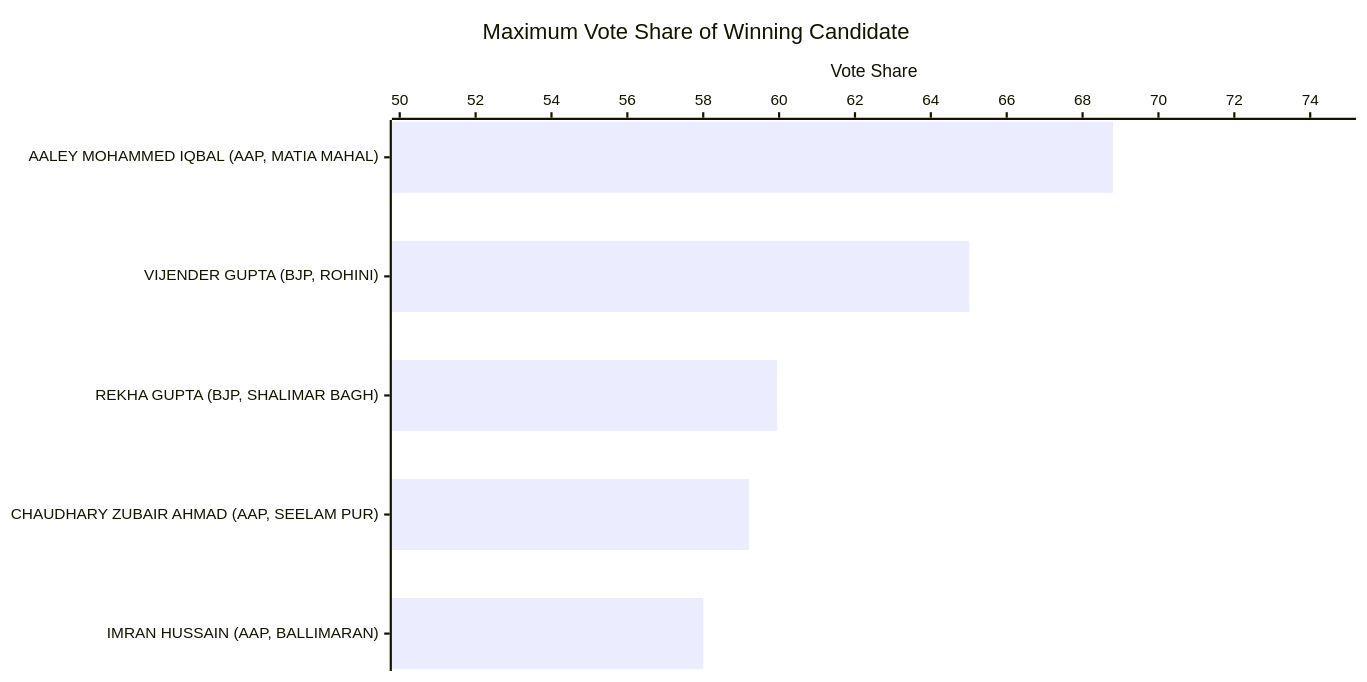
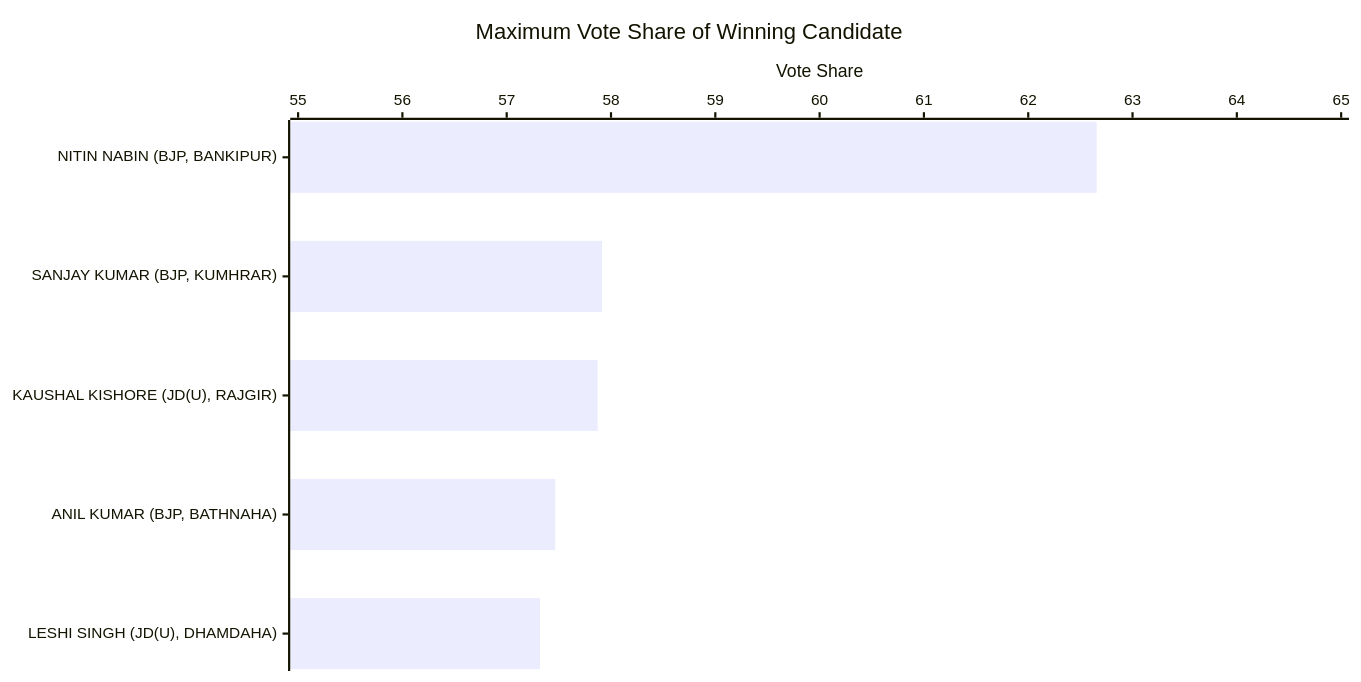
Diagram 12 of 23 in BIHAR-GRAPH.md (arjunswaj/elections), drawn with Mermaid before and after one commit. The commit also changed other lines of this file and 27 other files, not shown here.

````diff
--- a/BIHAR-GRAPH.md
+++ b/BIHAR-GRAPH.md
@@ -255,17 +257,17 @@
 ```mermaid
 ---
 config:
     xyChart:
         width: 1200
         height: 600
         chartOrientation: horizontal
         dataLabels:
             enabled: true
             placement: end
 ---
 xychart-beta
     title "Maximum Vote Share of Winning Candidate"
-    x-axis ["AALEY MOHAMMED IQBAL (AAP, MATIA MAHAL)", "VIJENDER GUPTA (BJP, ROHINI)", "REKHA GUPTA (BJP, SHALIMAR BAGH)", "CHAUDHARY ZUBAIR AHMAD (AAP, SEELAM PUR)", "IMRAN HUSSAIN (AAP, BALLIMARAN)"]
-    y-axis "Vote Share" 50 --> 75
-    bar [68.8014, 65.0125, 59.9487, 59.2094, 58.0034]
+    x-axis ["NITIN NABIN (BJP, BANKIPUR)", "SANJAY KUMAR (BJP, KUMHRAR)", "KAUSHAL KISHORE (JD(U), RAJGIR)", "ANIL KUMAR (BJP, BATHNAHA)", "LESHI SINGH (JD(U), DHAMDAHA)"]
+    y-axis "Vote Share" 55 --> 65
+    bar [62.6567, 57.9144, 57.8727, 57.4655, 57.3193]
 ```
````
